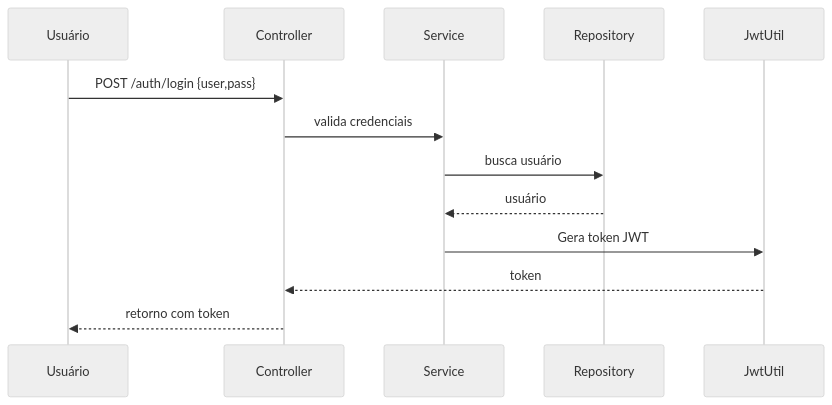
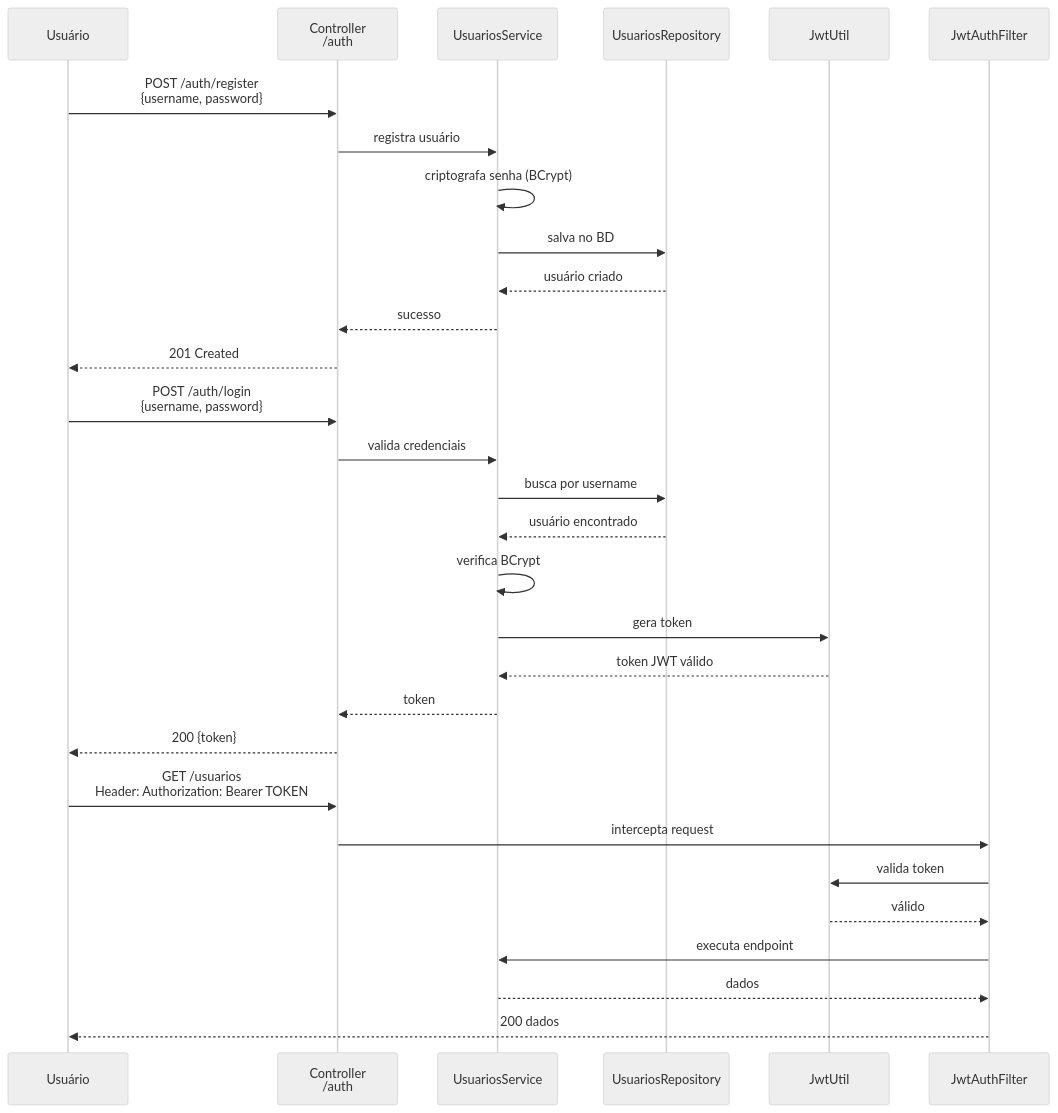
One commit to betolara1/SpringBootJwtTemplate changed the diagram in README.md. Above: the diagram before and after it, drawn with Mermaid (neutral theme). The commit also changed other lines of this file and 9 other files, not shown here.

````diff
--- a/README.md
+++ b/README.md
@@ -62,16 +70,35 @@
 ```mermaid
 sequenceDiagram
-    participant U as Usuário
-    participant C as Controller
-    participant S as Service
-    participant R as Repository
-    participant J as JwtUtil
+    participant User as Usuário
+    participant API as Controller<br/>/auth
+    participant Service as UsuariosService
+    participant Repo as UsuariosRepository
+    participant JWT as JwtUtil
+    participant Filter as JwtAuthFilter
 
-    U->>C: POST /auth/login {user,pass}
-    C->>S: valida credenciais
-    S->>R: busca usuário
-    R-->>S: usuário
-    S->>J: Gera token JWT
-    J-->>C: token
-    C-->>U: retorno com token
+    User->>API: POST /auth/register<br/>{username, password}
+    API->>Service: registra usuário
+    Service->>Service: criptografa senha (BCrypt)
+    Service->>Repo: salva no BD
+    Repo-->>Service: usuário criado
+    Service-->>API: sucesso
+    API-->>User: 201 Created
+
+    User->>API: POST /auth/login<br/>{username, password}
+    API->>Service: valida credenciais
+    Service->>Repo: busca por username
+    Repo-->>Service: usuário encontrado
+    Service->>Service: verifica BCrypt
+    Service->>JWT: gera token
+    JWT-->>Service: token JWT válido
+    Service-->>API: token
+    API-->>User: 200 {token}
+
+    User->>API: GET /usuarios<br/>Header: Authorization: Bearer TOKEN
+    API->>Filter: intercepta request
+    Filter->>JWT: valida token
+    JWT-->>Filter: válido
+    Filter->>Service: executa endpoint
+    Service-->>Filter: dados
+    Filter-->>User: 200 dados
 ```
````
